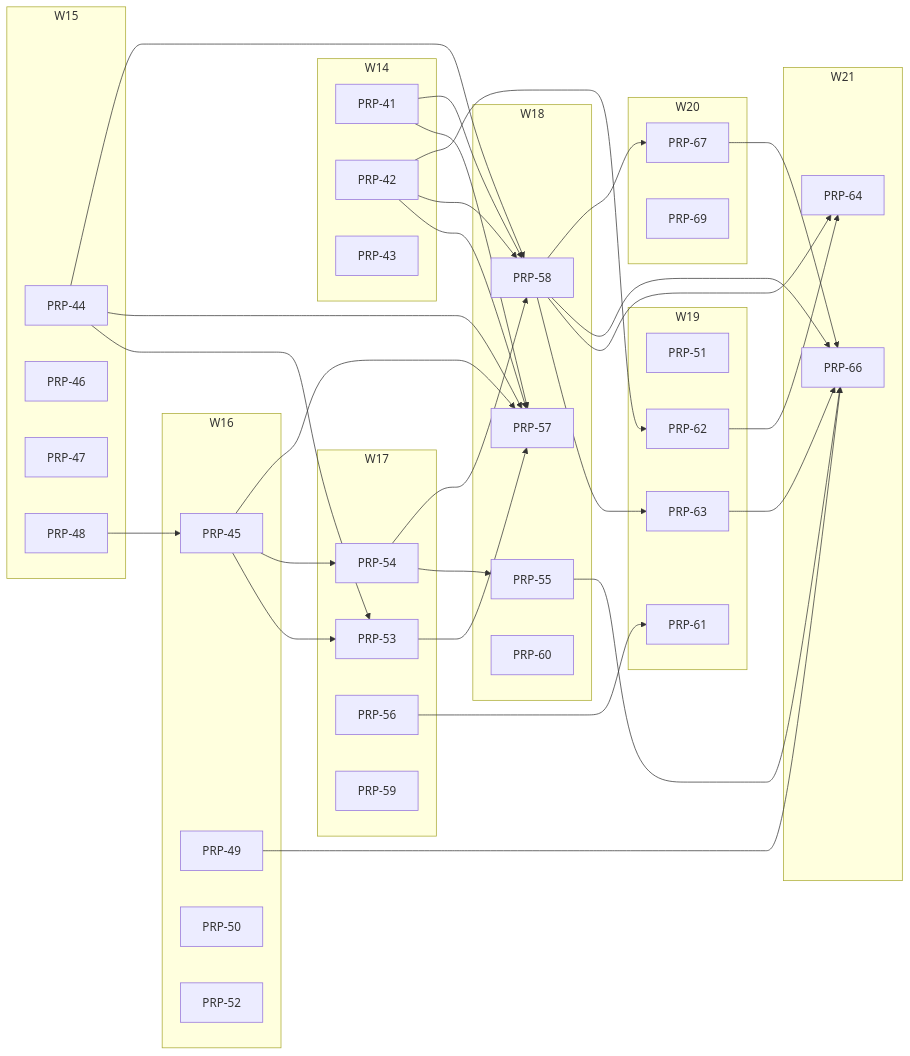
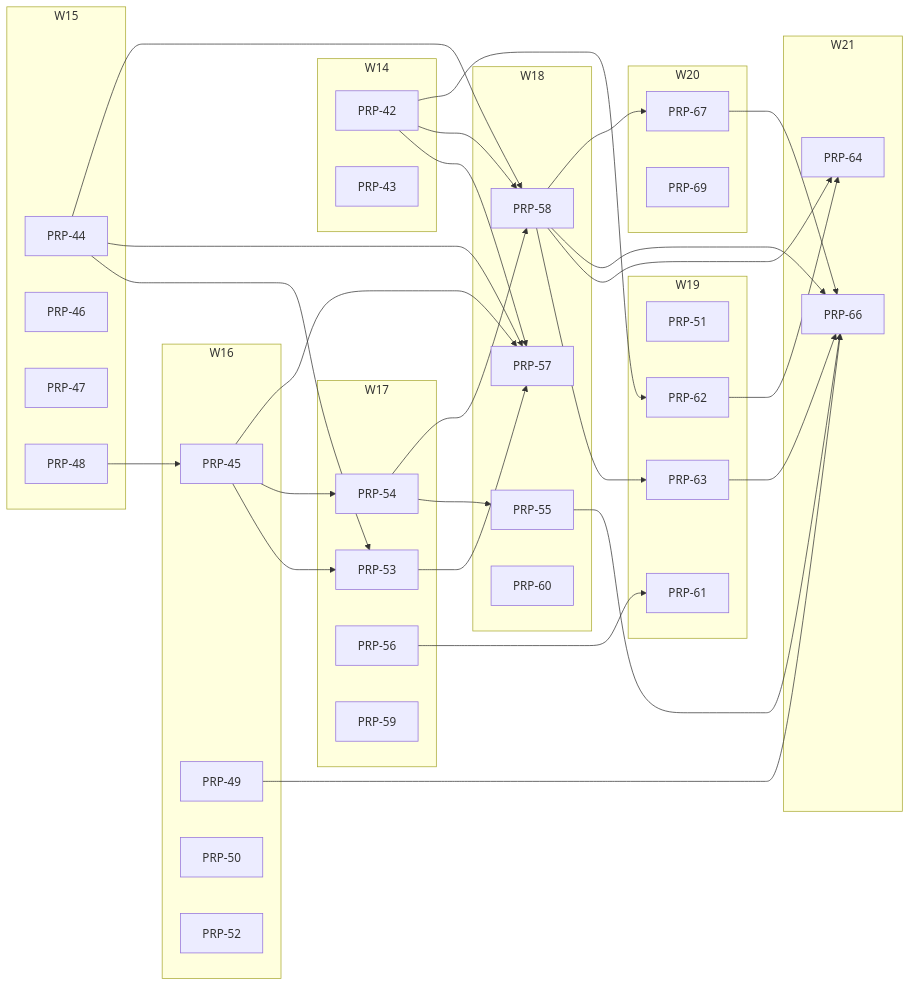
Before and after one commit to fgarofalo56/neurosphere: the diagram in PRPs/EXECUTION-PLAN.md, drawn with Mermaid. The commit also changed other lines of this file and 42 other files, not shown here.

````diff
--- a/PRPs/EXECUTION-PLAN.md
+++ b/PRPs/EXECUTION-PLAN.md
@@ -140,71 +139,68 @@
 ```mermaid
 flowchart LR
   subgraph W14
-    P41["PRP-41"]
     P42["PRP-42"]
     P43["PRP-43"]
   end
   subgraph W15
     P44["PRP-44"]
     P46["PRP-46"]
     P47["PRP-47"]
     P48["PRP-48"]
   end
   subgraph W16
     P45["PRP-45"]
     P49["PRP-49"]
     P50["PRP-50"]
     P52["PRP-52"]
   end
   subgraph W17
     P53["PRP-53"]
     P54["PRP-54"]
     P56["PRP-56"]
     P59["PRP-59"]
   end
   subgraph W18
     P57["PRP-57"]
     P55["PRP-55"]
     P58["PRP-58"]
     P60["PRP-60"]
   end
   subgraph W19
     P51["PRP-51"]
     P61["PRP-61"]
     P62["PRP-62"]
     P63["PRP-63"]
   end
   subgraph W20
     P67["PRP-67"]
     P69["PRP-69"]
   end
   subgraph W21
     P64["PRP-64"]
     P66["PRP-66"]
   end
   P48 --> P45
   P44 --> P53
   P45 --> P53
   P45 --> P54
   P54 --> P55
-  P41 --> P57
   P42 --> P57
   P44 --> P57
   P45 --> P57
   P53 --> P57
-  P41 --> P58
   P42 --> P58
   P44 --> P58
   P54 --> P58
   P56 --> P61
   P42 --> P62
   P58 --> P63
   P58 --> P64
   P62 --> P64
   P49 --> P66
   P55 --> P66
   P58 --> P66
   P63 --> P66
   P67 --> P66
   P58 --> P67
 ```
````
